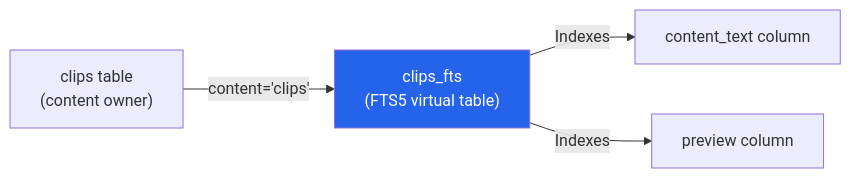
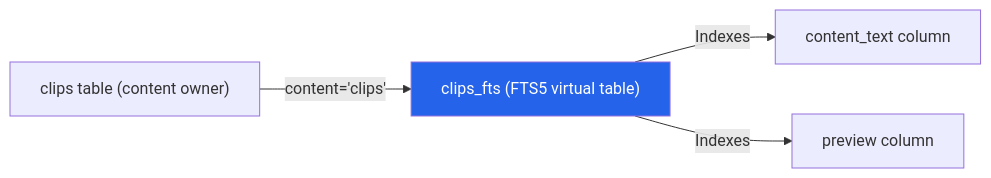
Before and after one commit to sanromarth/ornas: the first of 3 diagrams in docs/architecture/03_DATABASE_DESIGN.md, drawn with Mermaid. The commit also changed other lines of this file and 253 other files, not shown here.

````diff
--- a/docs/architecture/03_DATABASE_DESIGN.md
+++ b/docs/architecture/03_DATABASE_DESIGN.md
@@ -91,7 +91,7 @@
 ```mermaid
 flowchart LR
-    A["clips table<br/>(content owner)"] -->|"content='clips'"| B["clips_fts<br/>(FTS5 virtual table)"]
-    B -->|"Indexes"| C["content_text column"]
-    B -->|"Indexes"| D["preview column"]
+    A["clips table (content owner)"] -->|content='clips'| B["clips_fts (FTS5 virtual table)"]
+    B -->|Indexes| C["content_text column"]
+    B -->|Indexes| D["preview column"]
     style B fill:#2563eb,color:#fff
 ```
````
